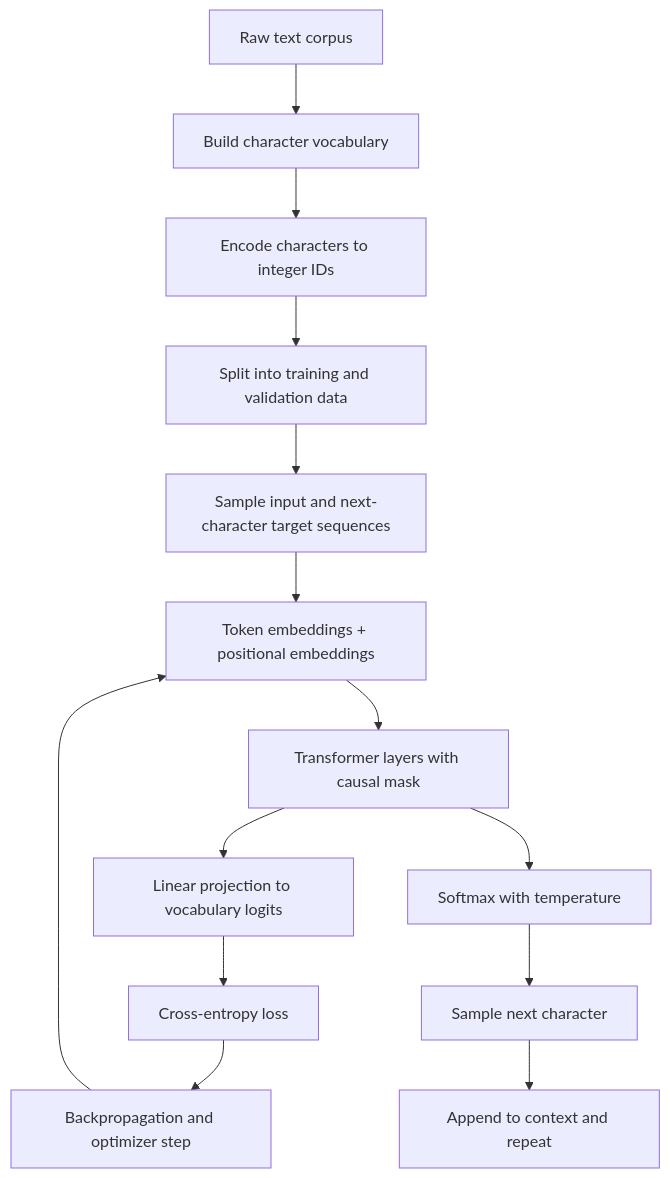
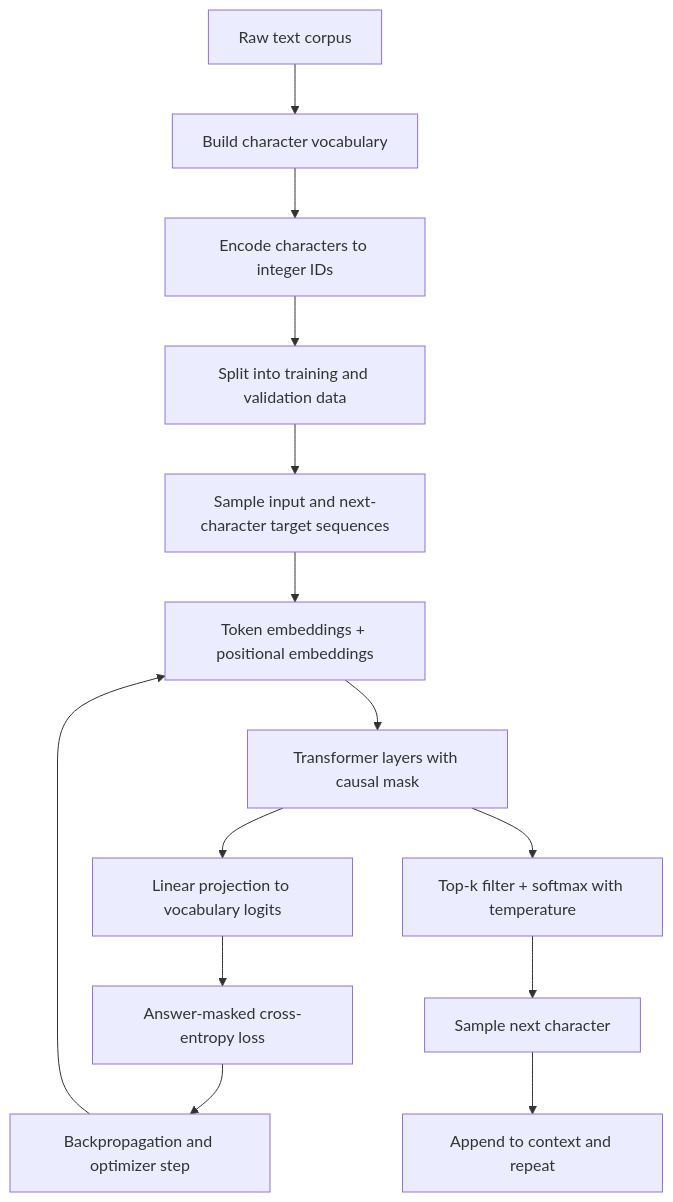
Before and after one commit to devgomesai/tinyllm: the diagram in README.md, drawn with Mermaid. The commit also changed other lines of this file and 4 other files, not shown here.

````diff
--- a/README.md
+++ b/README.md
@@ -39,16 +62,16 @@
 ```mermaid
 flowchart TD
     A[Raw text corpus] --> B[Build character vocabulary]
     B --> C[Encode characters to integer IDs]
     C --> D[Split into training and validation data]
     D --> E[Sample input and next-character target sequences]
     E --> F[Token embeddings + positional embeddings]
     F --> G[Transformer layers with causal mask]
     G --> H[Linear projection to vocabulary logits]
-    H --> I[Cross-entropy loss]
+    H --> I[Answer-masked cross-entropy loss]
     I --> J[Backpropagation and optimizer step]
     J --> F
-    G --> K[Softmax with temperature]
+    G --> K[Top-k filter + softmax with temperature]
     K --> L[Sample next character]
     L --> M[Append to context and repeat]
 ```
````
